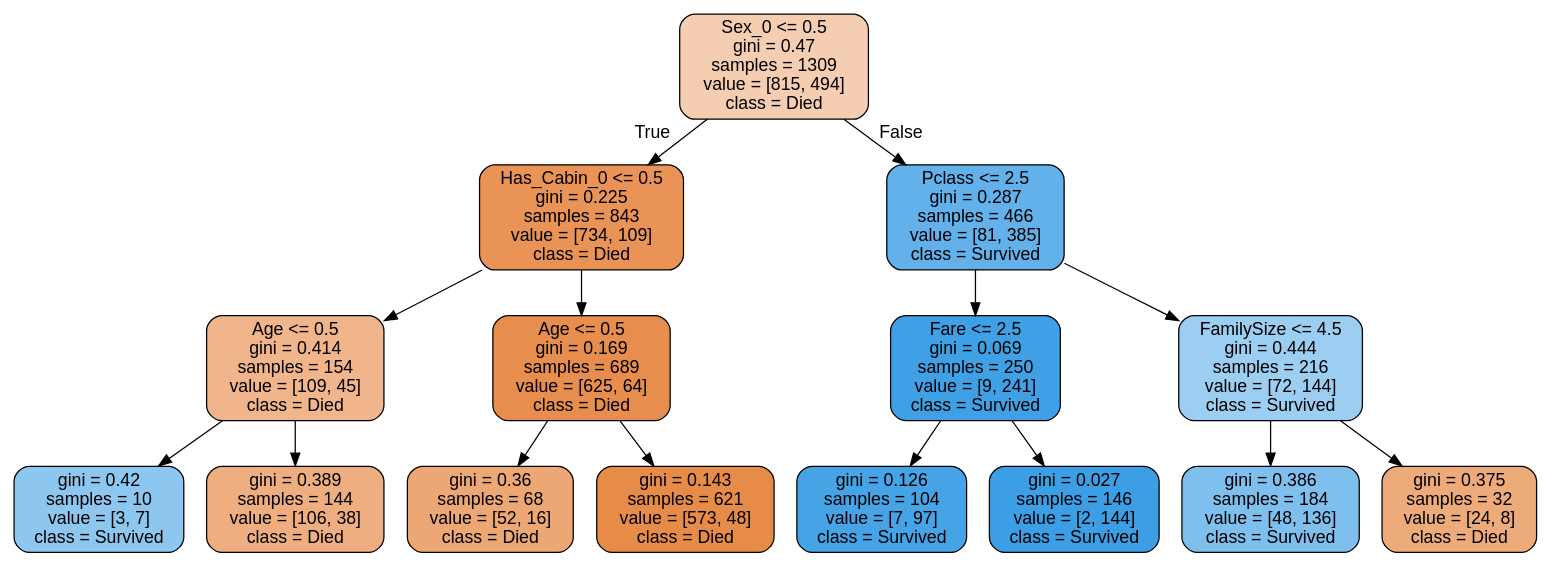
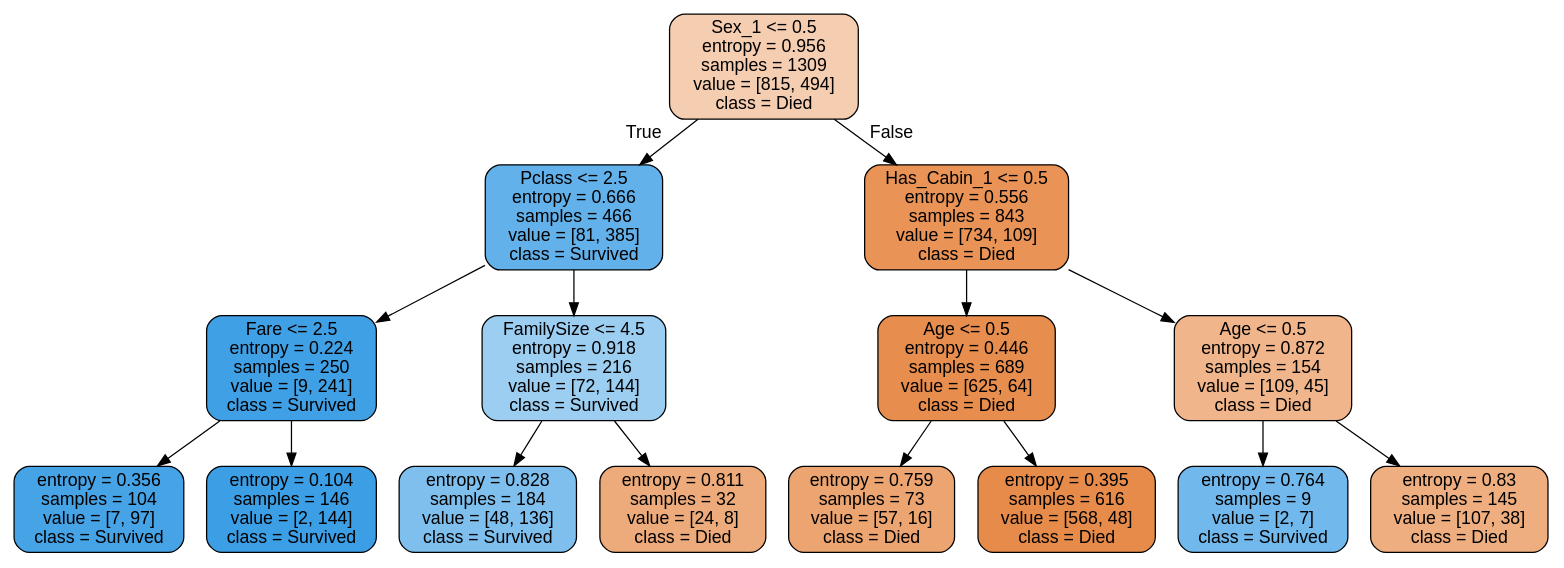
Before and after one commit to BijayaLaxmiSenapati/Machine-Learning: the diagram in tree1.dot, drawn with Graphviz. The commit also changed 4 other files, not shown here.

```diff
--- a/tree1.dot
+++ b/tree1.dot
@@ -1,33 +1,33 @@
 digraph Tree {
 node [shape=box, style="filled, rounded", color="black", fontname=helvetica] ;
 edge [fontname=helvetica] ;
-0 [label="Sex_0 <= 0.5\ngini = 0.47\nsamples = 1309\nvalue = [815, 494]\nclass = Died", fillcolor="#e5813964"] ;
-1 [label="Has_Cabin_0 <= 0.5\ngini = 0.225\nsamples = 843\nvalue = [734, 109]\nclass = Died", fillcolor="#e58139d9"] ;
+0 [label="Sex_1 <= 0.5\nentropy = 0.956\nsamples = 1309\nvalue = [815, 494]\nclass = Died", fillcolor="#e5813964"] ;
+1 [label="Pclass <= 2.5\nentropy = 0.666\nsamples = 466\nvalue = [81, 385]\nclass = Survived", fillcolor="#399de5c9"] ;
 0 -> 1 [labeldistance=2.5, labelangle=45, headlabel="True"] ;
-2 [label="Age <= 0.5\ngini = 0.414\nsamples = 154\nvalue = [109, 45]\nclass = Died", fillcolor="#e5813996"] ;
+2 [label="Fare <= 2.5\nentropy = 0.224\nsamples = 250\nvalue = [9, 241]\nclass = Survived", fillcolor="#399de5f5"] ;
 1 -> 2 ;
-3 [label="gini = 0.42\nsamples = 10\nvalue = [3, 7]\nclass = Survived", fillcolor="#399de592"] ;
+3 [label="entropy = 0.356\nsamples = 104\nvalue = [7, 97]\nclass = Survived", fillcolor="#399de5ed"] ;
 2 -> 3 ;
-4 [label="gini = 0.389\nsamples = 144\nvalue = [106, 38]\nclass = Died", fillcolor="#e58139a4"] ;
+4 [label="entropy = 0.104\nsamples = 146\nvalue = [2, 144]\nclass = Survived", fillcolor="#399de5fb"] ;
 2 -> 4 ;
-5 [label="Age <= 0.5\ngini = 0.169\nsamples = 689\nvalue = [625, 64]\nclass = Died", fillcolor="#e58139e5"] ;
+5 [label="FamilySize <= 4.5\nentropy = 0.918\nsamples = 216\nvalue = [72, 144]\nclass = Survived", fillcolor="#399de57f"] ;
 1 -> 5 ;
-6 [label="gini = 0.36\nsamples = 68\nvalue = [52, 16]\nclass = Died", fillcolor="#e58139b1"] ;
+6 [label="entropy = 0.828\nsamples = 184\nvalue = [48, 136]\nclass = Survived", fillcolor="#399de5a5"] ;
 5 -> 6 ;
-7 [label="gini = 0.143\nsamples = 621\nvalue = [573, 48]\nclass = Died", fillcolor="#e58139ea"] ;
+7 [label="entropy = 0.811\nsamples = 32\nvalue = [24, 8]\nclass = Died", fillcolor="#e58139aa"] ;
 5 -> 7 ;
-8 [label="Pclass <= 2.5\ngini = 0.287\nsamples = 466\nvalue = [81, 385]\nclass = Survived", fillcolor="#399de5c9"] ;
+8 [label="Has_Cabin_1 <= 0.5\nentropy = 0.556\nsamples = 843\nvalue = [734, 109]\nclass = Died", fillcolor="#e58139d9"] ;
 0 -> 8 [labeldistance=2.5, labelangle=-45, headlabel="False"] ;
-9 [label="Fare <= 2.5\ngini = 0.069\nsamples = 250\nvalue = [9, 241]\nclass = Survived", fillcolor="#399de5f5"] ;
+9 [label="Age <= 0.5\nentropy = 0.446\nsamples = 689\nvalue = [625, 64]\nclass = Died", fillcolor="#e58139e5"] ;
 8 -> 9 ;
-10 [label="gini = 0.126\nsamples = 104\nvalue = [7, 97]\nclass = Survived", fillcolor="#399de5ed"] ;
+10 [label="entropy = 0.759\nsamples = 73\nvalue = [57, 16]\nclass = Died", fillcolor="#e58139b7"] ;
 9 -> 10 ;
-11 [label="gini = 0.027\nsamples = 146\nvalue = [2, 144]\nclass = Survived", fillcolor="#399de5fb"] ;
+11 [label="entropy = 0.395\nsamples = 616\nvalue = [568, 48]\nclass = Died", fillcolor="#e58139e9"] ;
 9 -> 11 ;
-12 [label="FamilySize <= 4.5\ngini = 0.444\nsamples = 216\nvalue = [72, 144]\nclass = Survived", fillcolor="#399de57f"] ;
+12 [label="Age <= 0.5\nentropy = 0.872\nsamples = 154\nvalue = [109, 45]\nclass = Died", fillcolor="#e5813996"] ;
 8 -> 12 ;
-13 [label="gini = 0.386\nsamples = 184\nvalue = [48, 136]\nclass = Survived", fillcolor="#399de5a5"] ;
+13 [label="entropy = 0.764\nsamples = 9\nvalue = [2, 7]\nclass = Survived", fillcolor="#399de5b6"] ;
 12 -> 13 ;
-14 [label="gini = 0.375\nsamples = 32\nvalue = [24, 8]\nclass = Died", fillcolor="#e58139aa"] ;
+14 [label="entropy = 0.83\nsamples = 145\nvalue = [107, 38]\nclass = Died", fillcolor="#e58139a4"] ;
 12 -> 14 ;
 }
```
